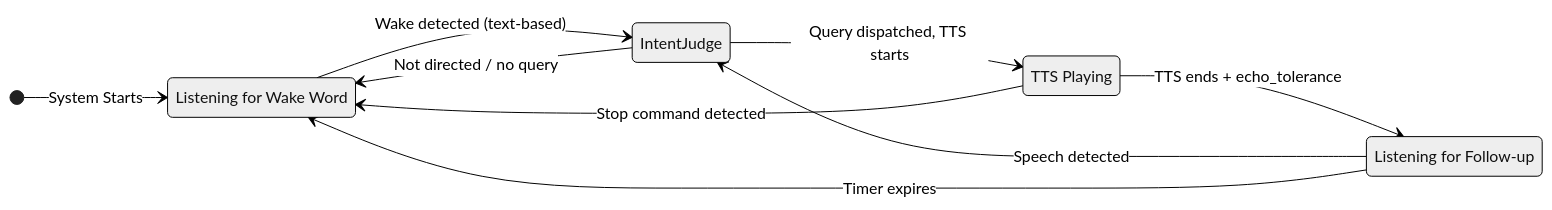
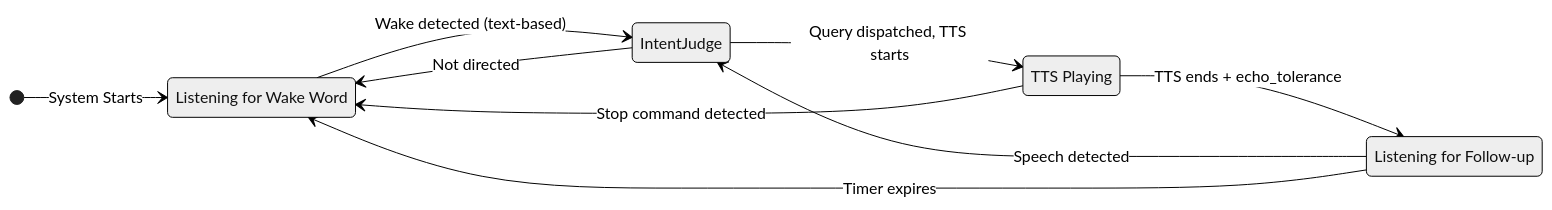
One commit to isair/jarvis changed the diagram in src/jarvis/listening/listening.spec.md. Above: the diagram before and after it, drawn with Mermaid (neutral theme). The commit also changed other lines of this file and 62 other files, not shown here.

````diff
--- a/src/jarvis/listening/listening.spec.md
+++ b/src/jarvis/listening/listening.spec.md
@@ -463,17 +404,17 @@
 ```mermaid
 stateDiagram-v2
     direction LR
     [*] --> WakeWord: System Starts
 
     WakeWord: Listening for Wake Word
     HotWindow: Listening for Follow-up
     DuringTTS: TTS Playing
 
     WakeWord --> IntentJudge: Wake detected (text-based)
     IntentJudge --> DuringTTS: Query dispatched, TTS starts
-    IntentJudge --> WakeWord: Not directed / no query
+    IntentJudge --> WakeWord: Not directed
     DuringTTS --> HotWindow: TTS ends + echo_tolerance
     HotWindow --> IntentJudge: Speech detected
     HotWindow --> WakeWord: Timer expires
     DuringTTS --> WakeWord: Stop command detected
 ```
````
